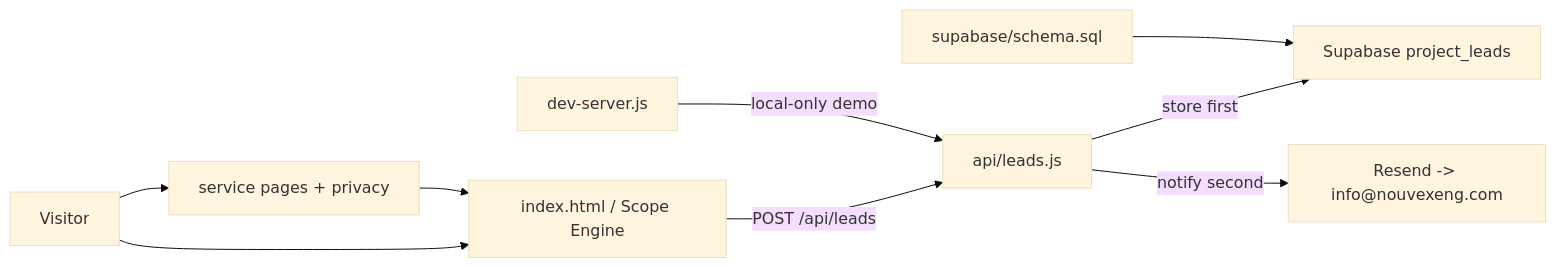
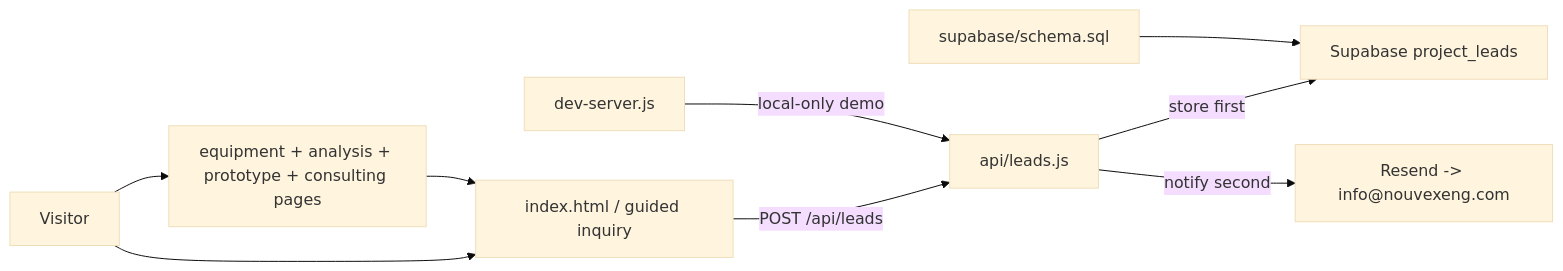
One commit to amaragioglio/nouvex-engineering changed the diagram in GRAPH.md. Above: the diagram before and after it, drawn with Mermaid (base theme). The commit also changed other lines of this file and 31 other files, not shown here.

First line of the commit message:
Reposition around equipment, analysis, prototyping, and consulting

````diff
--- a/GRAPH.md
+++ b/GRAPH.md
@@ -7,11 +7,11 @@
 ```mermaid
 flowchart LR
-  V["Visitor"] --> UI["index.html / Scope Engine"]
-  V --> SEO["service pages + privacy"]
+  V["Visitor"] --> UI["index.html / guided inquiry"]
+  V --> SEO["equipment + analysis + prototype + consulting pages"]
   SEO --> UI
   UI -->|"POST /api/leads"| API["api/leads.js"]
   API -->|"store first"| DB["Supabase project_leads"]
   API -->|"notify second"| MAIL["Resend -> info@nouvexeng.com"]
   DEV["dev-server.js"] -->|"local-only demo"| API
   SQL["supabase/schema.sql"] --> DB
 ```
````
